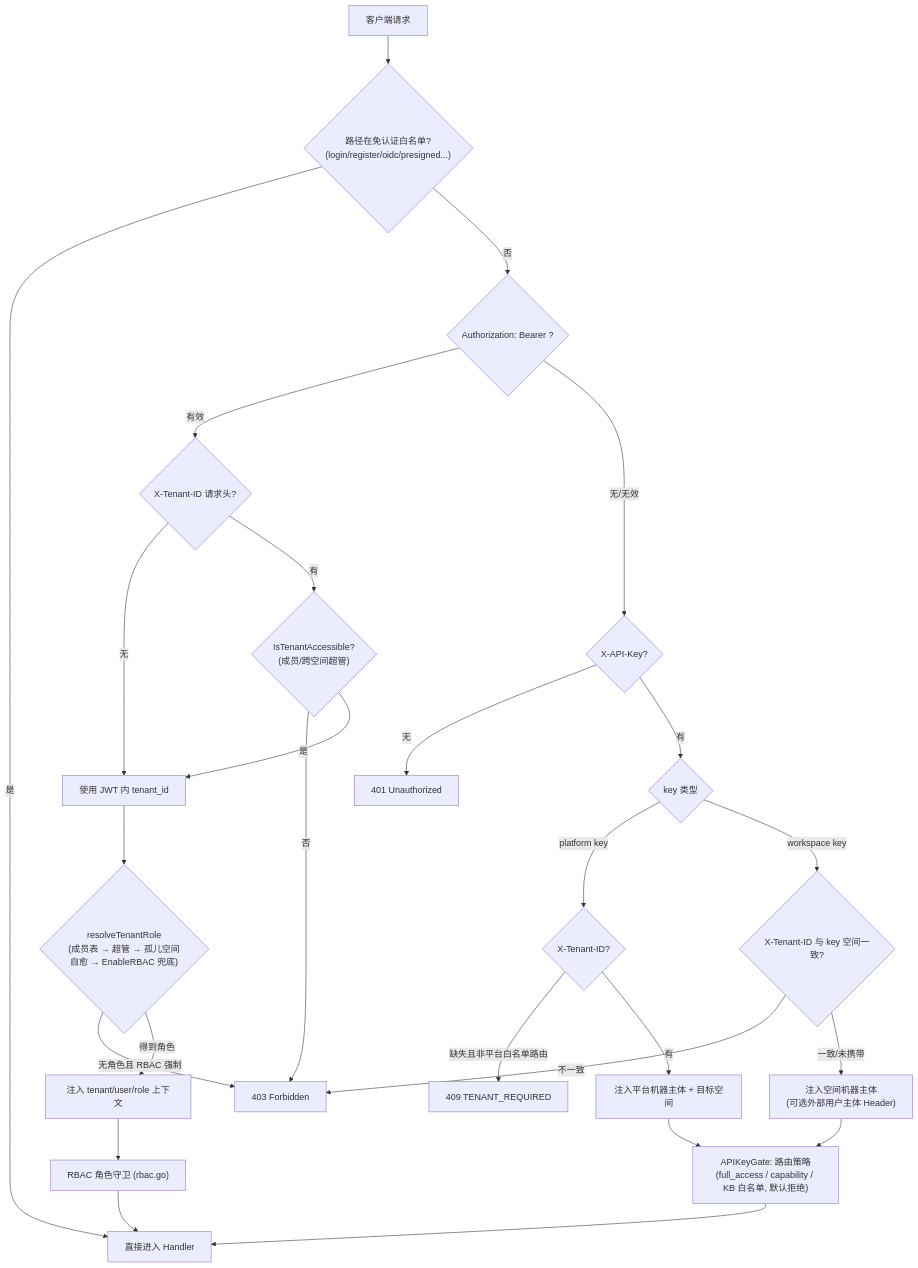
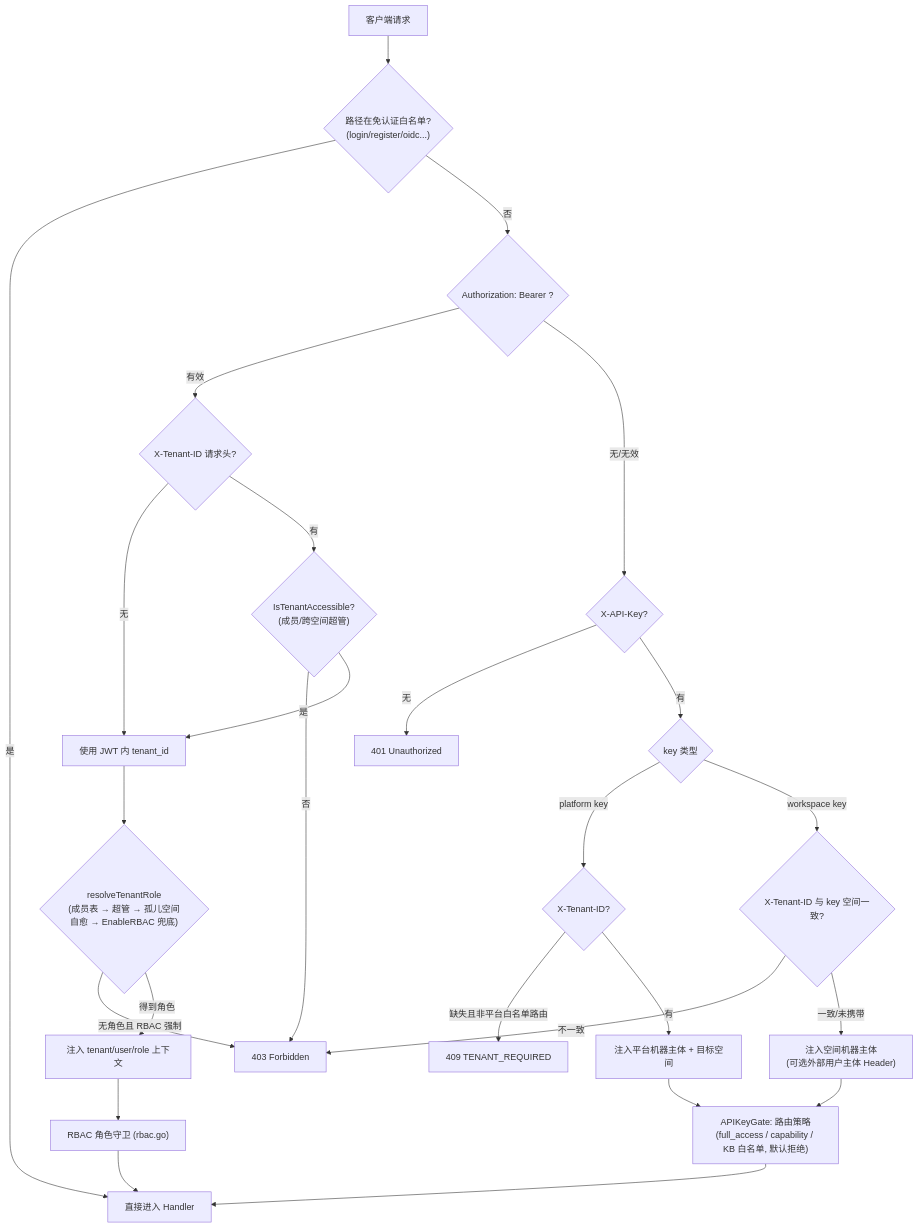
One commit to magicyuan876/Yuheng changed the diagram in website-docs/04-api/01-api-overview.md. Above: the diagram before and after it, drawn with Mermaid. The commit also changed other lines of this file and 27 other files, not shown here.

````diff
--- a/website-docs/04-api/01-api-overview.md
+++ b/website-docs/04-api/01-api-overview.md
@@ -69,28 +69,28 @@
 ```mermaid
 flowchart TD
-    A["客户端请求"] --> B{"路径在免认证白名单?<br/>(login/register/oidc/presigned...)"}
+    A["客户端请求"] --> B{"路径在免认证白名单?<br/>(login/register/oidc...)"}
     B -- "是" --> H["直接进入 Handler"]
     B -- "否" --> C{"Authorization: Bearer <JWT>?"}
     C -- "有效" --> D{"X-Tenant-ID 请求头?"}
     D -- "无" --> E["使用 JWT 内 tenant_id"]
     D -- "有" --> F{"IsTenantAccessible?<br/>(成员/跨空间超管)"}
     F -- "否" --> G["403 Forbidden"]
     F -- "是" --> E
     E --> R{"resolveTenantRole<br/>(成员表 → 超管 → 孤儿空间自愈 → EnableRBAC 兜底)"}
     R -- "无角色且 RBAC 强制" --> G
     R -- "得到角色" --> P["注入 tenant/user/role 上下文"]
     C -- "无/无效" --> K{"X-API-Key?"}
     K -- "无" --> U["401 Unauthorized"]
     K -- "有" --> L{"key 类型"}
     L -- "platform key" --> M{"X-Tenant-ID?"}
     M -- "缺失且非平台白名单路由" --> V["409 TENANT_REQUIRED"]
     M -- "有" --> P2["注入平台机器主体 + 目标空间"]
     L -- "workspace key" --> N{"X-Tenant-ID 与 key 空间一致?"}
     N -- "不一致" --> G
     N -- "一致/未携带" --> P3["注入空间机器主体<br/>(可选外部用户主体 Header)"]
     P --> Q["RBAC 角色守卫 (rbac.go)"]
     P2 --> S["APIKeyGate: 路由策略<br/>(full_access / capability / KB 白名单, 默认拒绝)"]
     P3 --> S
     Q --> H
     S --> H
 ```
````
